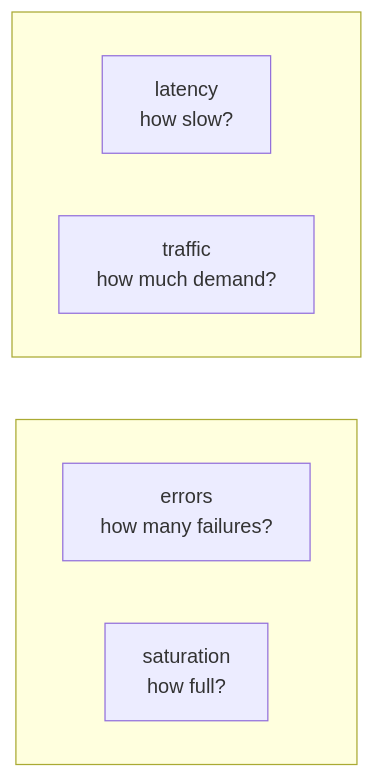
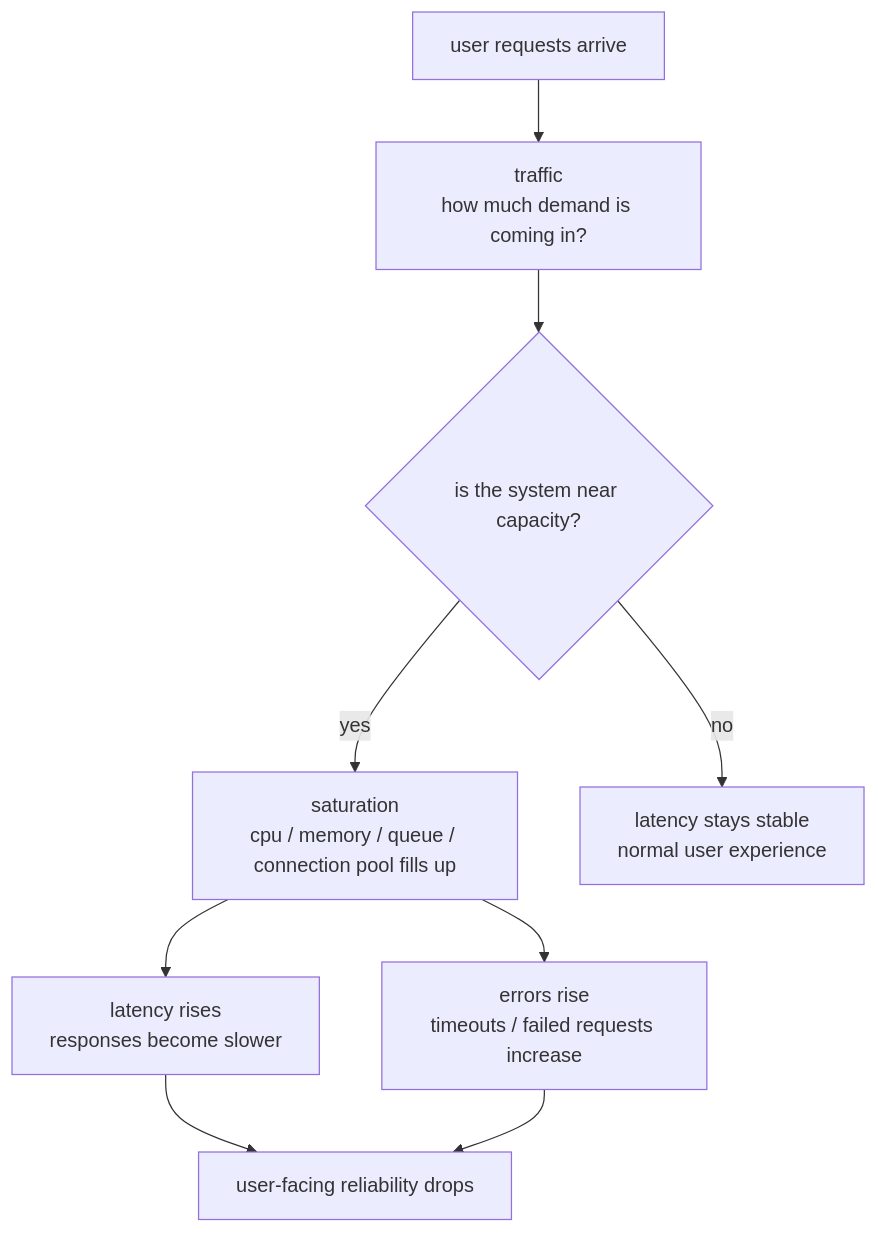
Before and after one commit to devchan64/AiBook: the third of 4 diagrams in docs/parts/part-04/chapter-06/section-03.md, drawn with Mermaid. The commit also changed other lines of this file and 4 other files, not shown here.

````diff
--- a/docs/parts/part-04/chapter-06/section-03.md
+++ b/docs/parts/part-04/chapter-06/section-03.md
@@ -199,16 +199,20 @@
 ```mermaid
-flowchart TB
-  subgraph TOP[" "]
-    direction LR
-    A["latency<br/>how slow?"]
-    B["traffic<br/>how much demand?"]
-  end
+flowchart TD
+  A["user requests arrive"]
+  B["traffic<br/>how much demand is coming in?"]
+  C{"is the system near capacity?"}
+  D["saturation<br/>cpu / memory / queue / connection pool fills up"]
+  E["latency rises<br/>responses become slower"]
+  F["errors rise<br/>timeouts / failed requests increase"]
+  G["user-facing reliability drops"]
+  H["latency stays stable<br/>normal user experience"]
 
-  subgraph BOTTOM[" "]
-    direction LR
-    C["errors<br/>how many failures?"]
-    D["saturation<br/>how full?"]
-  end
-
-  TOP ~~~ BOTTOM
+  A --> B
+  B --> C
+  C -->|yes| D
+  D --> E
+  D --> F
+  E --> G
+  F --> G
+  C -->|no| H
 ```
````
